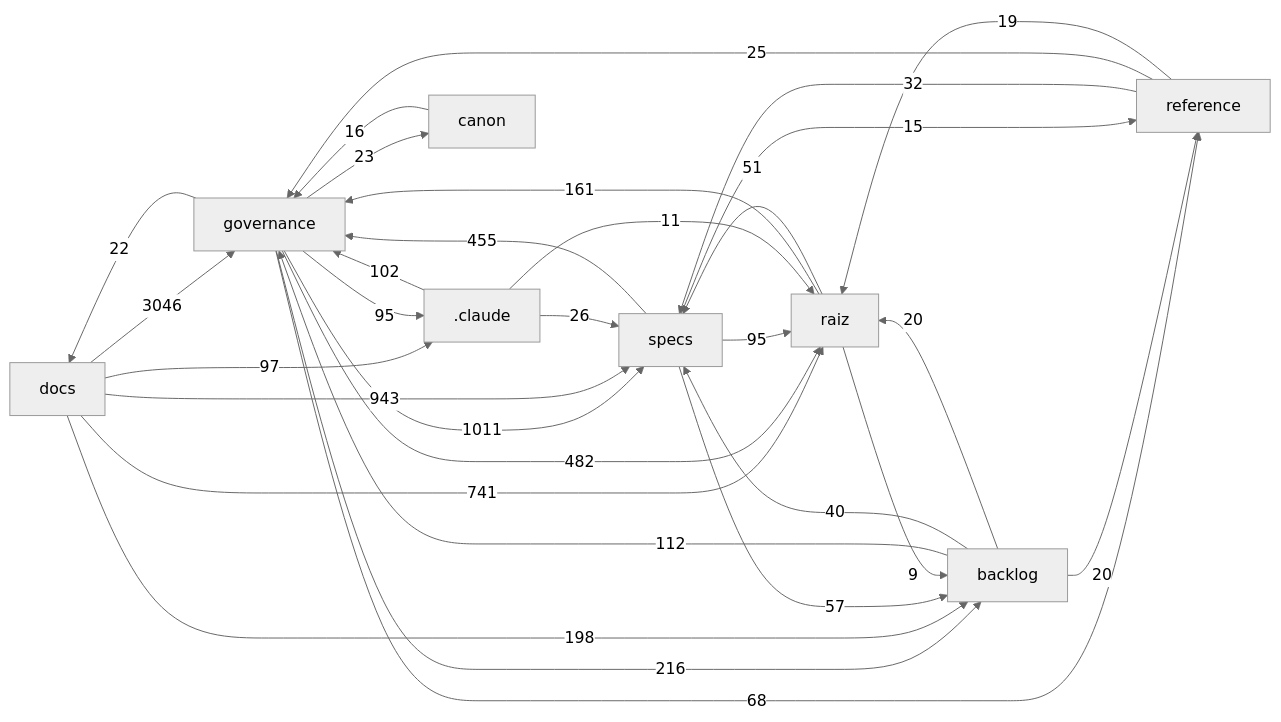
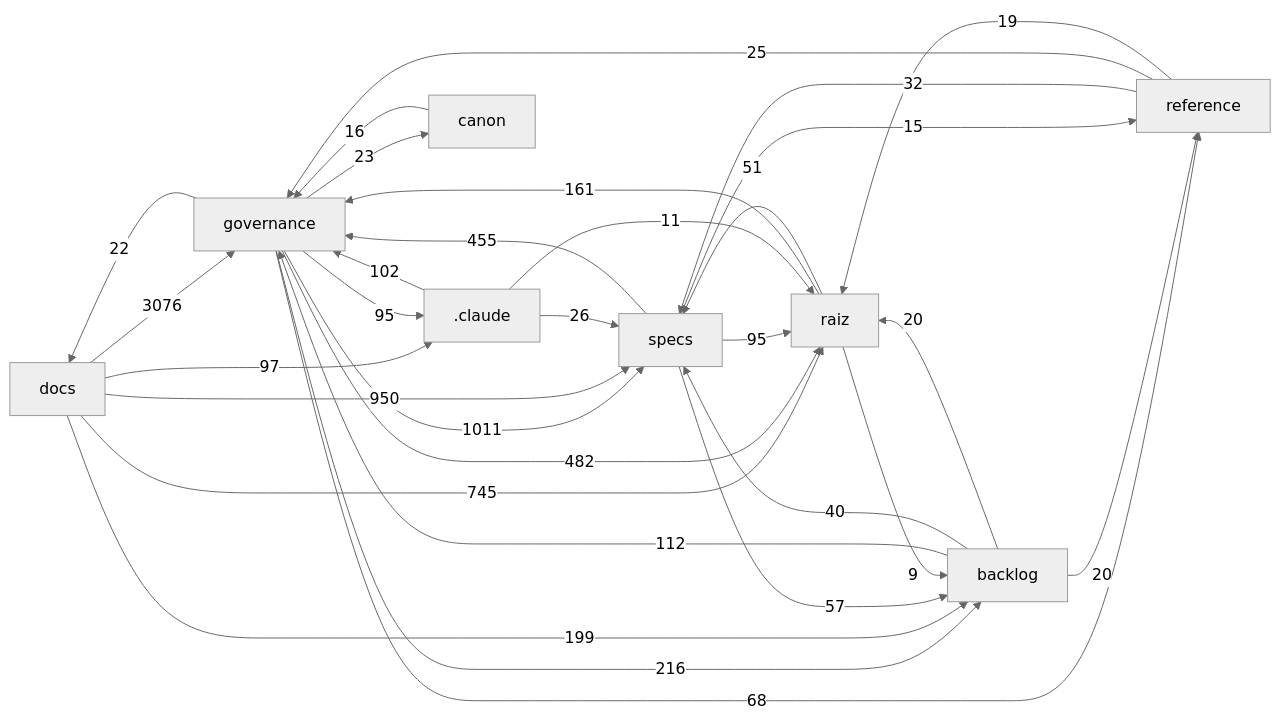
Before and after one commit to Andraus35/Sistema-Operacional-de-Trading--SOT: the diagram in docs/mapa/MAPA-PROJETO.md, drawn with Mermaid (neutral theme). The commit also changed other lines of this file and 6 other files, not shown here.

````diff
--- a/docs/mapa/MAPA-PROJETO.md
+++ b/docs/mapa/MAPA-PROJETO.md
@@ -29,33 +29,33 @@
 ```mermaid
 flowchart LR
-  docs["docs"] -->|3046| governance["governance"]
+  docs["docs"] -->|3076| governance["governance"]
   governance["governance"] -->|1011| specs["specs"]
-  docs["docs"] -->|943| specs["specs"]
-  docs["docs"] -->|741| raiz["raiz"]
+  docs["docs"] -->|950| specs["specs"]
+  docs["docs"] -->|745| raiz["raiz"]
   governance["governance"] -->|482| raiz["raiz"]
   specs["specs"] -->|455| governance["governance"]
   governance["governance"] -->|216| backlog["backlog"]
-  docs["docs"] -->|198| backlog["backlog"]
+  docs["docs"] -->|199| backlog["backlog"]
   raiz["raiz"] -->|161| governance["governance"]
   backlog["backlog"] -->|112| governance["governance"]
   _claude[".claude"] -->|102| governance["governance"]
   docs["docs"] -->|97| _claude[".claude"]
   governance["governance"] -->|95| _claude[".claude"]
   specs["specs"] -->|95| raiz["raiz"]
   governance["governance"] -->|68| reference["reference"]
   specs["specs"] -->|57| backlog["backlog"]
   raiz["raiz"] -->|51| specs["specs"]
   backlog["backlog"] -->|40| specs["specs"]
   reference["reference"] -->|32| specs["specs"]
   _claude[".claude"] -->|26| specs["specs"]
   reference["reference"] -->|25| governance["governance"]
   governance["governance"] -->|23| canon["canon"]
   governance["governance"] -->|22| docs["docs"]
   backlog["backlog"] -->|20| raiz["raiz"]
   backlog["backlog"] -->|20| reference["reference"]
   reference["reference"] -->|19| raiz["raiz"]
   canon["canon"] -->|16| governance["governance"]
   specs["specs"] -->|15| reference["reference"]
   _claude[".claude"] -->|11| raiz["raiz"]
   raiz["raiz"] -->|9| backlog["backlog"]
 ```
````
